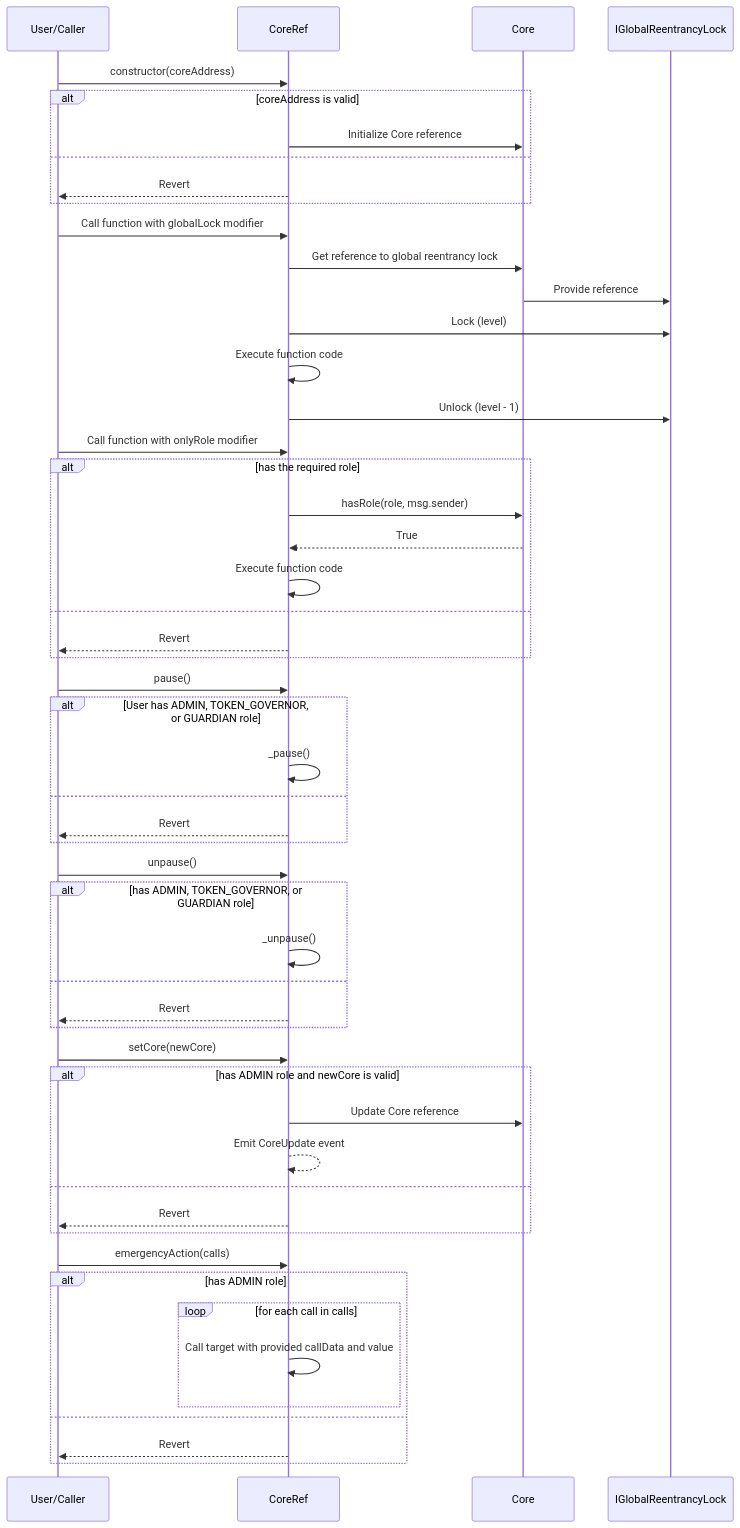
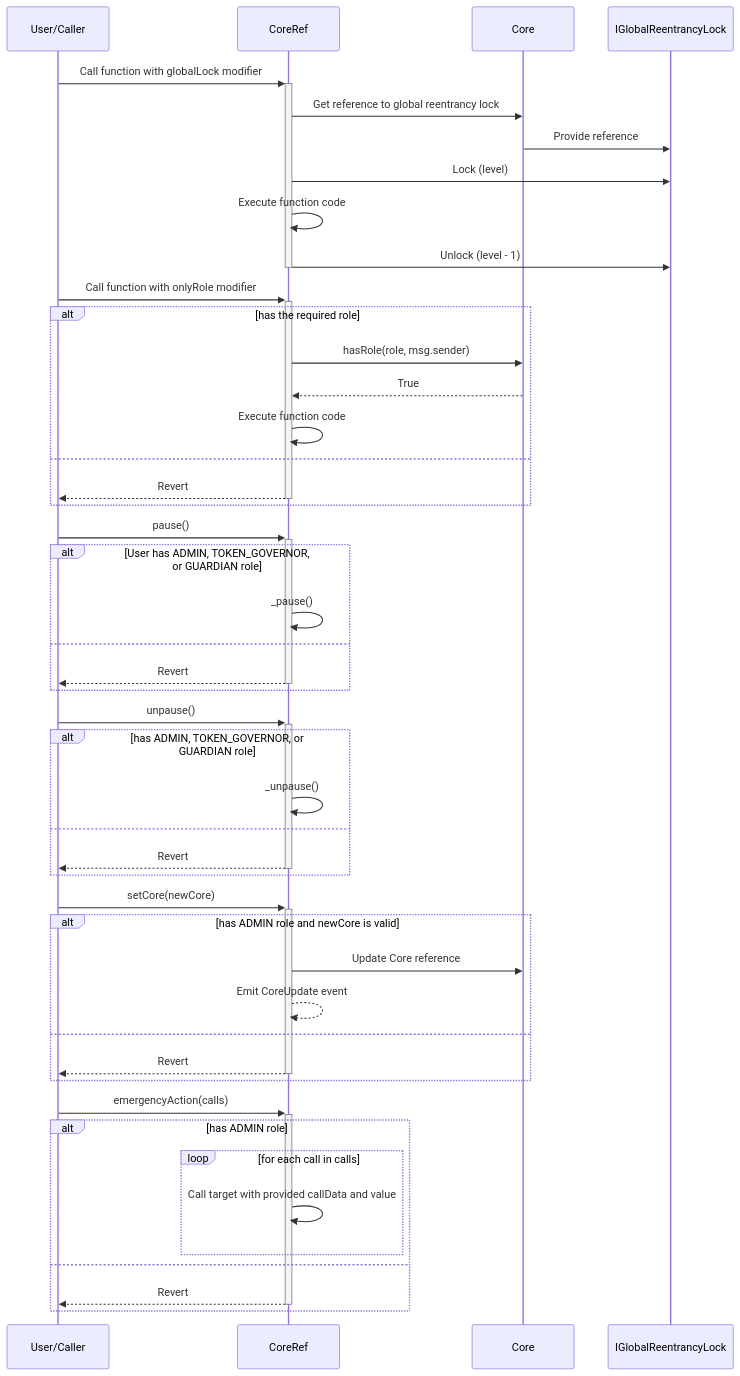
Before and after one commit to ZTX-Foundation/tuxedo: the second of 2 diagrams in doc/contracts/refs/CoreRef.md, drawn with Mermaid. The commit also changed 12 other files, not shown here.

Commit message:
feat: updated sequence diagrams

````diff
--- a/doc/contracts/refs/CoreRef.md
+++ b/doc/contracts/refs/CoreRef.md
@@ -20,61 +20,54 @@
 ```mermaid
 sequenceDiagram
     participant User as User/Caller
     participant CoreRef
     participant Core
     participant Lock as IGlobalReentrancyLock
 
-    User->>CoreRef: constructor(coreAddress)
-    alt coreAddress is valid
-        CoreRef->>Core: Initialize Core reference
-    else
-        CoreRef-->>User: Revert
-    end
-
-    User->>CoreRef: Call function with globalLock modifier
+    User->>+CoreRef: Call function with globalLock modifier
     CoreRef->>Core: Get reference to global reentrancy lock
     Core->>Lock: Provide reference
     CoreRef->>Lock: Lock (level)
     CoreRef->>CoreRef: Execute function code
-    CoreRef->>Lock: Unlock (level - 1)
+    CoreRef->>-Lock: Unlock (level - 1)
 
-    User->>CoreRef: Call function with onlyRole modifier
+    User->>+CoreRef: Call function with onlyRole modifier
     alt has the required role
         CoreRef->>Core: hasRole(role, msg.sender)
         Core-->>CoreRef: True
         CoreRef->>CoreRef: Execute function code
     else
-        CoreRef-->>User: Revert
+        CoreRef-->>-User: Revert
     end
 
-    User->>CoreRef: pause()
+    User->>+CoreRef: pause()
     alt User has ADMIN, TOKEN_GOVERNOR, or GUARDIAN role
         CoreRef->>CoreRef: _pause()
     else
-        CoreRef-->>User: Revert
+        CoreRef-->>-User: Revert
     end
 
-    User->>CoreRef: unpause()
+    User->>+CoreRef: unpause()
     alt has ADMIN, TOKEN_GOVERNOR, or GUARDIAN role
         CoreRef->>CoreRef: _unpause()
     else
-        CoreRef-->>User: Revert
+        CoreRef-->>-User: Revert
     end
 
-    User->>CoreRef: setCore(newCore)
+    User->>+CoreRef: setCore(newCore)
     alt has ADMIN role and newCore is valid
         CoreRef->>Core: Update Core reference
         CoreRef-->>CoreRef: Emit CoreUpdate event
     else
-        CoreRef-->>User: Revert
+        CoreRef-->>-User: Revert
     end
 
-    User->>CoreRef: emergencyAction(calls)
+    User->>+CoreRef: emergencyAction(calls)
     alt has ADMIN role
         loop for each call in calls
             CoreRef->>CoreRef: Call target with provided callData and value
         end
     else
-        CoreRef-->>User: Revert
+        CoreRef-->>-User: Revert
     end
 ```
````
